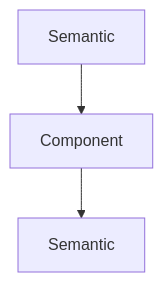
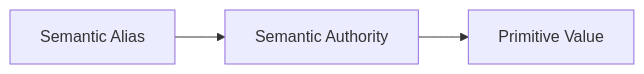
Before and after one commit to mosaic-media/architecture: the diagram in docs/design/system/mds-001-design-token-architecture/08-token-inheritance.md, drawn with Mermaid. The commit also changed other lines of this file and 19 other files, not shown here.

Commit message:
docs(mds-001): simplify token resolution architecture

````diff
--- a/docs/design/system/mds-001-design-token-architecture/08-token-inheritance.md
+++ b/docs/design/system/mds-001-design-token-architecture/08-token-inheritance.md
@@ -462,10 +54,6 @@
 ```mermaid
-flowchart TD
+flowchart LR
 
-N1["Semantic"]
-N2["Component"]
-N3["Semantic"]
-
-N1 --> N2
-N2 --> N3
+S1["Semantic Alias"] --> S2["Semantic Authority"]
+S2 --> P["Primitive Value"]
 ```
````
